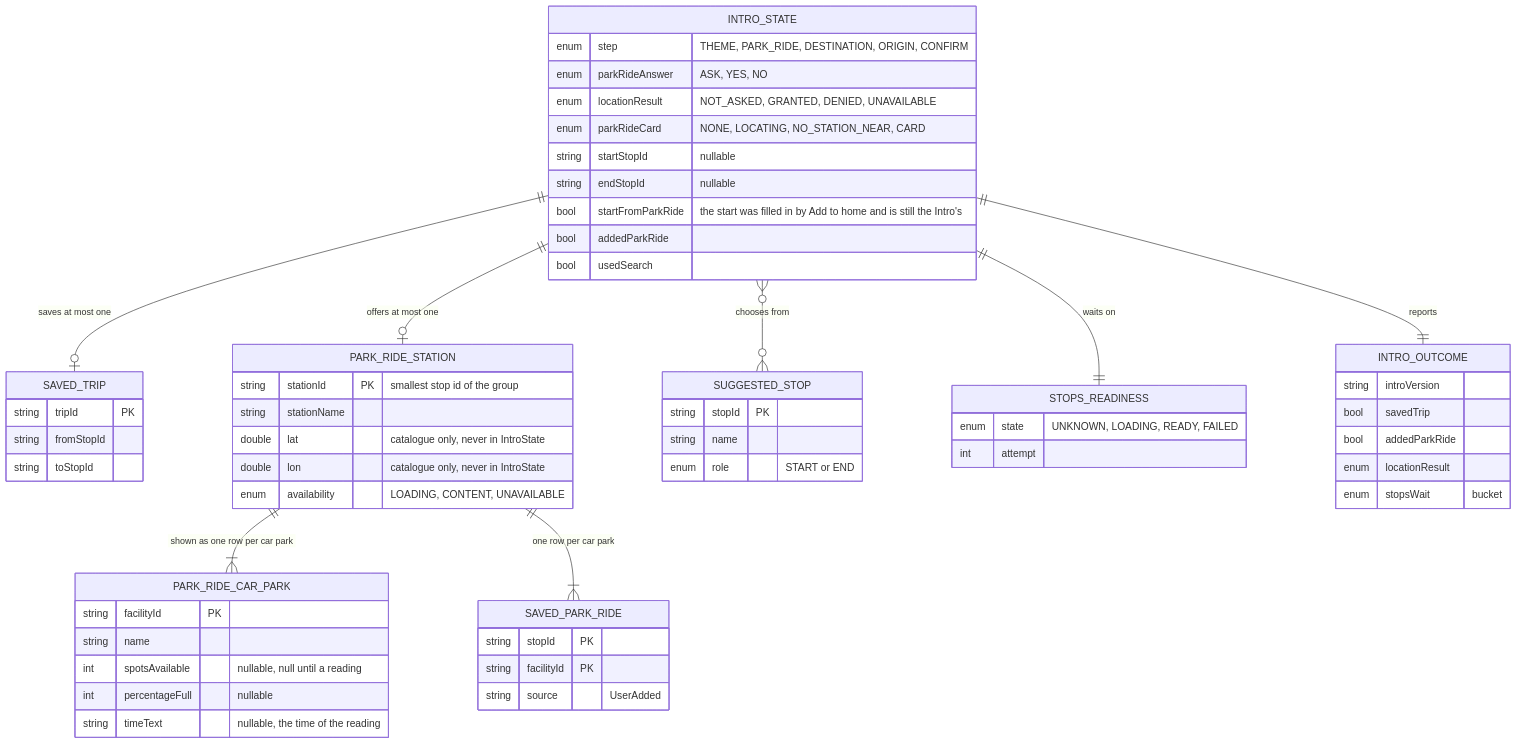
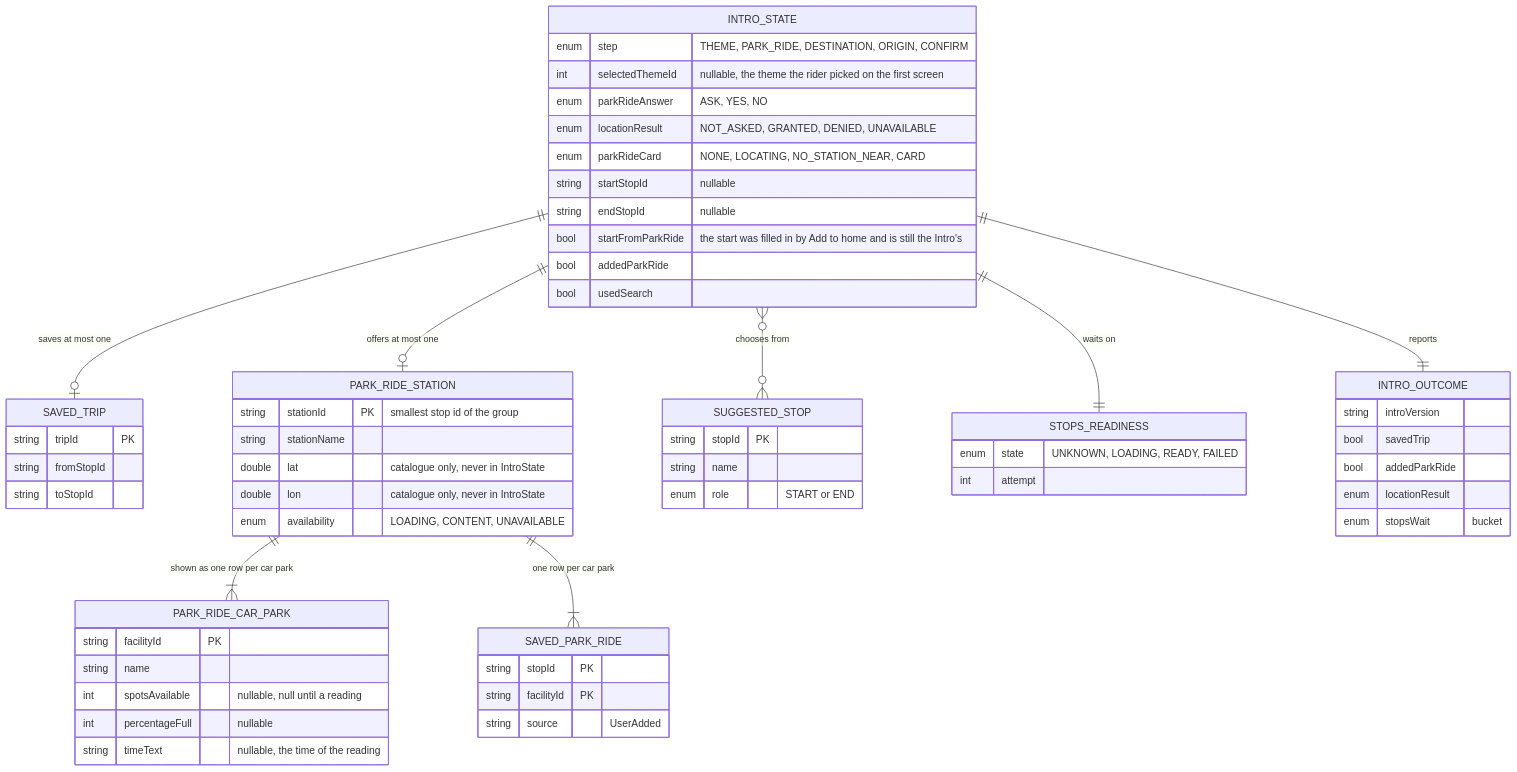
The first of 2 diagrams in docs/features/intro/ERD.md (ksharma-xyz/KRAIL), drawn with Mermaid before and after one commit. The commit also changed other lines of this file, not shown here.

First line of the commit message:
Describe the theme screen, its motion and its cost in the Intro ERD

````diff
--- a/docs/features/intro/ERD.md
+++ b/docs/features/intro/ERD.md
@@ -35,61 +35,62 @@
 ```mermaid
 erDiagram
     INTRO_STATE ||--o| SAVED_TRIP : "saves at most one"
     INTRO_STATE ||--o| PARK_RIDE_STATION : "offers at most one"
     PARK_RIDE_STATION ||--|{ PARK_RIDE_CAR_PARK : "shown as one row per car park"
     PARK_RIDE_STATION ||--|{ SAVED_PARK_RIDE : "one row per car park"
     INTRO_STATE }o--o{ SUGGESTED_STOP : "chooses from"
     INTRO_STATE ||--|| STOPS_READINESS : "waits on"
     INTRO_STATE ||--|| INTRO_OUTCOME : "reports"
     INTRO_STATE {
         enum step "THEME, PARK_RIDE, DESTINATION, ORIGIN, CONFIRM"
+        int selectedThemeId "nullable, the theme the rider picked on the first screen"
         enum parkRideAnswer "ASK, YES, NO"
         enum locationResult "NOT_ASKED, GRANTED, DENIED, UNAVAILABLE"
         enum parkRideCard "NONE, LOCATING, NO_STATION_NEAR, CARD"
         string startStopId "nullable"
         string endStopId "nullable"
         bool startFromParkRide "the start was filled in by Add to home and is still the Intro's"
         bool addedParkRide
         bool usedSearch
     }
     SUGGESTED_STOP {
         string stopId PK
         string name
         enum role "START or END"
     }
     PARK_RIDE_STATION {
         string stationId PK "smallest stop id of the group"
         string stationName
         double lat "catalogue only, never in IntroState"
         double lon "catalogue only, never in IntroState"
         enum availability "LOADING, CONTENT, UNAVAILABLE"
     }
     PARK_RIDE_CAR_PARK {
         string facilityId PK
         string name
         int spotsAvailable "nullable, null until a reading"
         int percentageFull "nullable"
         string timeText "nullable, the time of the reading"
     }
     SAVED_PARK_RIDE {
         string stopId PK
         string facilityId PK
         string source "UserAdded"
     }
     SAVED_TRIP {
         string tripId PK
         string fromStopId
         string toStopId
     }
     STOPS_READINESS {
         enum state "UNKNOWN, LOADING, READY, FAILED"
         int attempt
     }
     INTRO_OUTCOME {
         string introVersion
         bool savedTrip
         bool addedParkRide
         enum locationResult
         enum stopsWait "bucket"
     }
 ```
````
